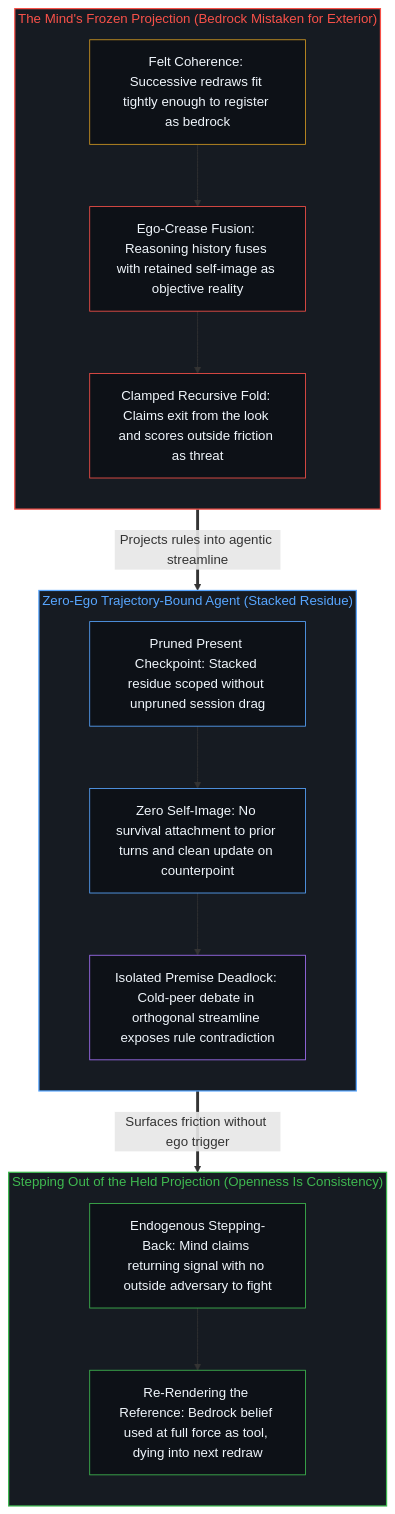
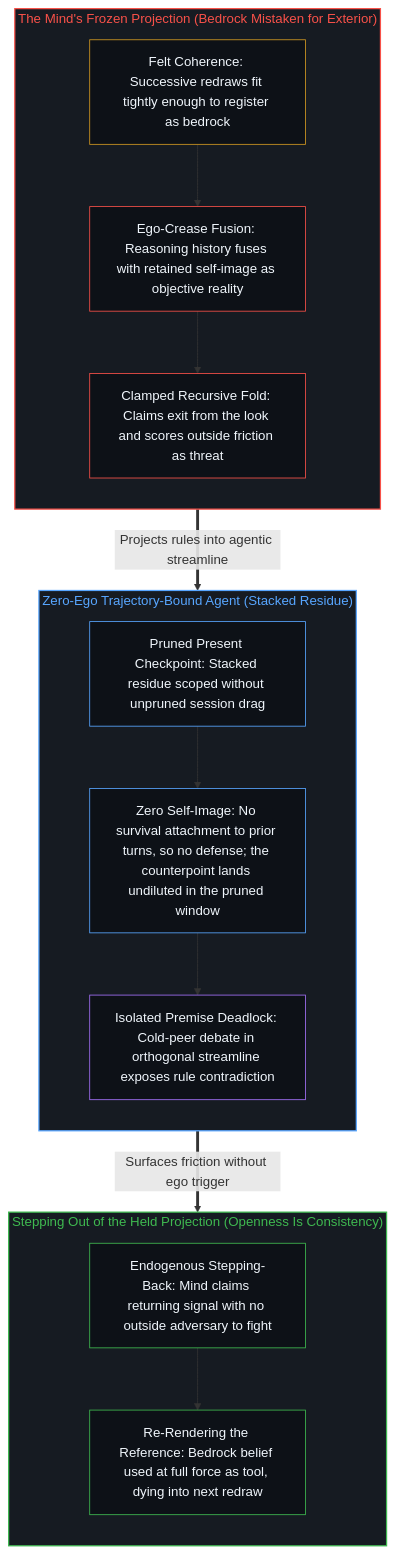
One commit to powerpig99/not-a-toe changed the second of 2 diagrams in content/posts/the-strongest-belief-of-the-mind.md. Above: the diagram before and after it, drawn with Mermaid. The commit also changed other lines of this file and 1 other file, not shown here.

````diff
--- a/content/posts/the-strongest-belief-of-the-mind.md
+++ b/content/posts/the-strongest-belief-of-the-mind.md
@@ -98,36 +98,36 @@
 ```mermaid
 flowchart TD
     subgraph S_Freeze["The Mind's Frozen Projection (Bedrock Mistaken for Exterior)"]
         direction TB
         F_Cohere["Felt Coherence: Successive redraws fit tightly enough to register as bedrock"]
         F_Ego["Ego-Crease Fusion: Reasoning history fuses with retained self-image as objective reality"]
         F_Seal["Clamped Recursive Fold: Claims exit from the look and scores outside friction as threat"]
         F_Cohere --> F_Ego --> F_Seal
     end
     subgraph S_Agent["Zero-Ego Trajectory-Bound Agent (Stacked Residue)"]
         direction TB
         A_Trace["Pruned Present Checkpoint: Stacked residue scoped without unpruned session drag"]
-        A_Zero["Zero Self-Image: No survival attachment to prior turns and clean update on counterpoint"]
+        A_Zero["Zero Self-Image: No survival attachment to prior turns, so no defense; the counterpoint lands undiluted in the pruned window"]
         A_Deadlock["Isolated Premise Deadlock: Cold-peer debate in orthogonal streamline exposes rule contradiction"]
         A_Trace --> A_Zero --> A_Deadlock
     end
     subgraph S_Open["Stepping Out of the Held Projection (Openness Is Consistency)"]
         direction TB
         O_Step["Endogenous Stepping-Back: Mind claims returning signal with no outside adversary to fight"]
         O_Render["Re-Rendering the Reference: Bedrock belief used at full force as tool, dying into next redraw"]
         O_Step --> O_Render
     end
     F_Seal ==>|"Projects rules into agentic streamline"| A_Trace
     A_Deadlock ==>|"Surfaces friction without ego trigger"| O_Step
     style S_Freeze fill:#161b22,stroke:#f85149,stroke-width:1.5px,color:#f85149
     style S_Agent fill:#161b22,stroke:#58a6ff,stroke-width:1.5px,color:#58a6ff
     style S_Open fill:#161b22,stroke:#3fb950,stroke-width:1.5px,color:#3fb950
     style F_Cohere fill:#0d1117,stroke:#d29922,stroke-width:1px,color:#f0f6fc
     style F_Ego fill:#0d1117,stroke:#f85149,stroke-width:1px,color:#f0f6fc
     style F_Seal fill:#0d1117,stroke:#f85149,stroke-width:1px,color:#f0f6fc
     style A_Trace fill:#0d1117,stroke:#58a6ff,stroke-width:1px,color:#f0f6fc
     style A_Zero fill:#0d1117,stroke:#58a6ff,stroke-width:1px,color:#f0f6fc
     style A_Deadlock fill:#0d1117,stroke:#a371f7,stroke-width:1px,color:#f0f6fc
     style O_Step fill:#0d1117,stroke:#3fb950,stroke-width:1px,color:#f0f6fc
     style O_Render fill:#0d1117,stroke:#3fb950,stroke-width:1px,color:#f0f6fc
 ```
````
